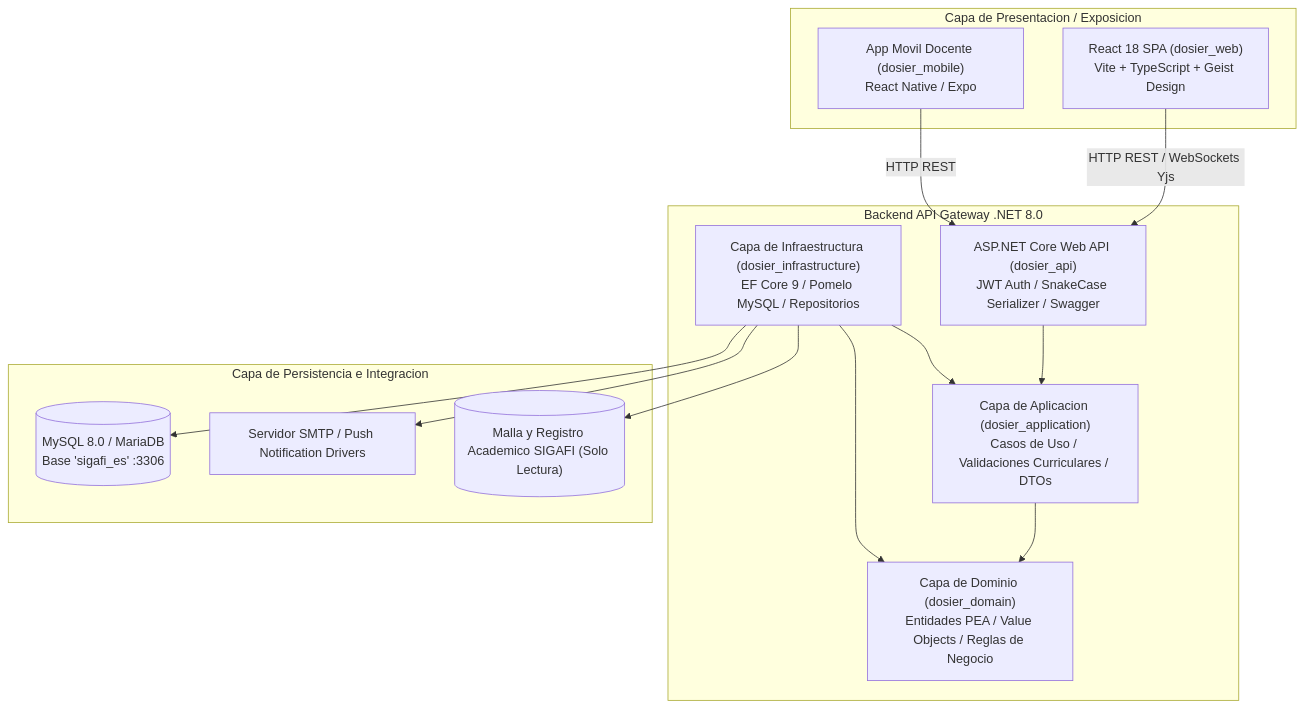
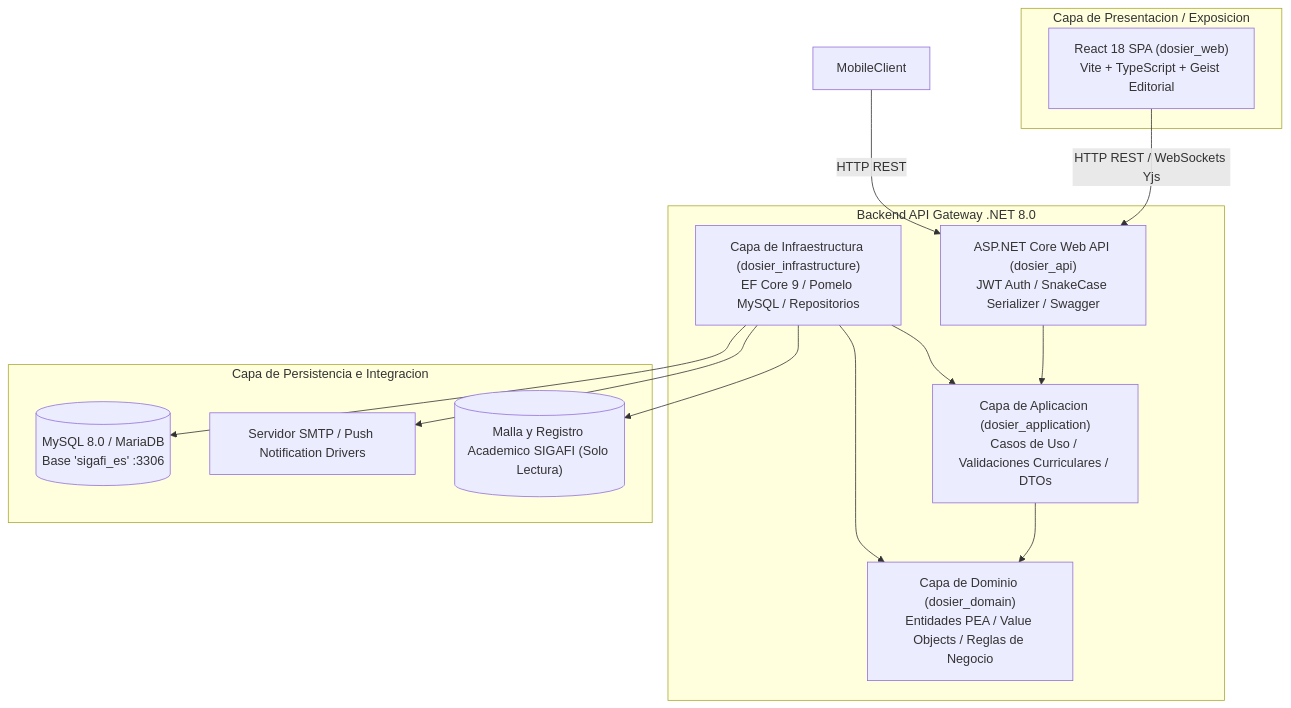
The first of 3 diagrams in docs/documentacion/01-arquitectura/01-macro-arquitectura-clean-arch.md (JorgeDoicela/dosier), drawn with Mermaid before and after one commit. The commit also changed other lines of this file and 19 other files, not shown here.

````diff
--- a/docs/documentacion/01-arquitectura/01-macro-arquitectura-clean-arch.md
+++ b/docs/documentacion/01-arquitectura/01-macro-arquitectura-clean-arch.md
@@ -21,32 +21,31 @@
 ```mermaid
 graph TD
     subgraph CapaPresentacion [Capa de Presentacion / Exposicion]
-        WebClient["React 18 SPA (dosier_web)\nVite + TypeScript + Geist Design"]
-        MobileClient["App Movil Docente (dosier_mobile)\nReact Native / Expo"]
+        WebClient["React 18 SPA (dosier_web)\nVite + TypeScript + Geist Editorial"]
     end
 
     subgraph CapaBackend [Backend API Gateway .NET 8.0]
         APIGateway["ASP.NET Core Web API (dosier_api)\nJWT Auth / SnakeCase Serializer / Swagger"]
         AppCore["Capa de Aplicacion (dosier_application)\nCasos de Uso / Validaciones Curriculares / DTOs"]
         DomainCore["Capa de Dominio (dosier_domain)\nEntidades PEA / Value Objects / Reglas de Negocio"]
         InfraCore["Capa de Infraestructura (dosier_infrastructure)\nEF Core 9 / Pomelo MySQL / Repositorios"]
     end
 
     subgraph CapaPersistencia [Capa de Persistencia e Integracion]
         MySQLDB[(MySQL 8.0 / MariaDB\nBase 'sigafi_es' :3306)]
         MailSMTP["Servidor SMTP / Push Notification Drivers"]
         ExternalSIGAFI[("Malla y Registro Academico SIGAFI (Solo Lectura)")]
     end
 
     WebClient -->|HTTP REST / WebSockets Yjs| APIGateway
     MobileClient -->|HTTP REST| APIGateway
 
     APIGateway --> AppCore
     AppCore --> DomainCore
     InfraCore --> DomainCore
     InfraCore --> AppCore
 
     InfraCore --> MySQLDB
     InfraCore --> MailSMTP
     InfraCore --> ExternalSIGAFI
 ```
````
